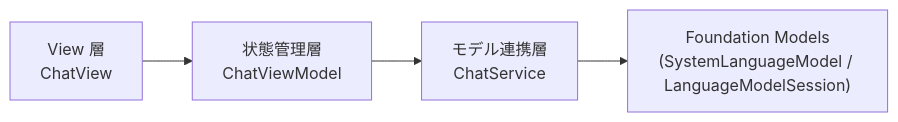
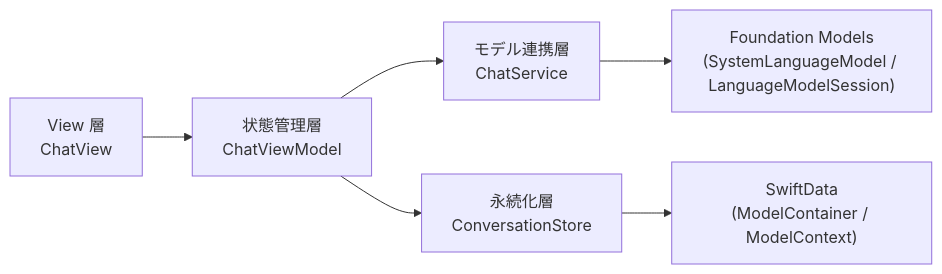
Before and after one commit to neko3cs/apple-fm-chat-app: the second of 2 diagrams in docs/architecture.md, drawn with Mermaid. The commit also changed other lines of this file and 3 other files, not shown here.

First line of the commit message:
Add SwiftData persistence to the design docs

````diff
--- a/docs/architecture.md
+++ b/docs/architecture.md
@@ -47,6 +61,8 @@
 ```mermaid
 graph LR
     View["View 層<br/>ChatView"] --> VM["状態管理層<br/>ChatViewModel"]
     VM --> Service["モデル連携層<br/>ChatService"]
+    VM --> Store["永続化層<br/>ConversationStore"]
     Service --> FM["Foundation Models<br/>(SystemLanguageModel / LanguageModelSession)"]
+    Store --> SD["SwiftData<br/>(ModelContainer / ModelContext)"]
 ```
````
